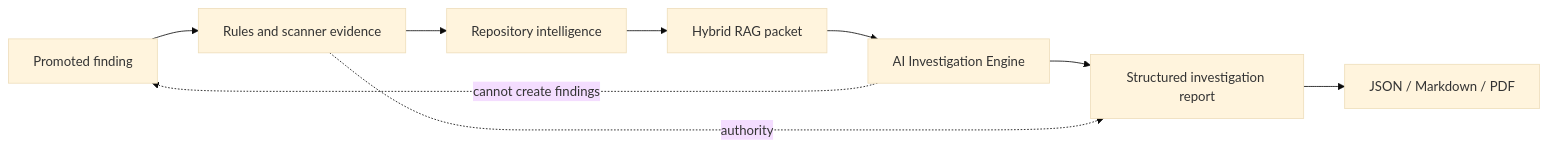
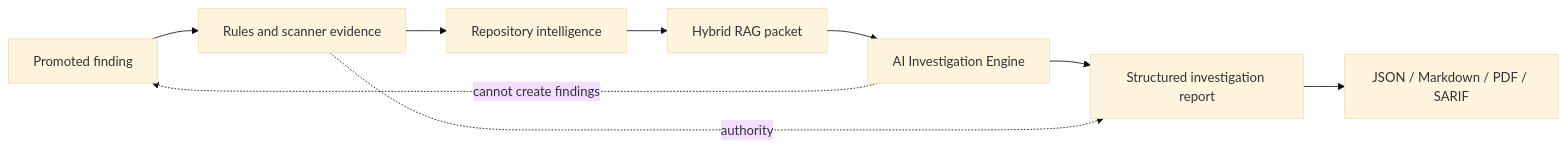
One commit to muneeb-anjum0/NOPE changed the third of 4 diagrams in README.md. Above: the diagram before and after it, drawn with Mermaid (base theme). The commit also changed other lines of this file and 30 other files, not shown here.

````diff
--- a/README.md
+++ b/README.md
@@ -297,14 +304,14 @@
 ```mermaid
 flowchart LR
   finding["Promoted finding"]
   evidence["Rules and scanner evidence"]
   repo["Repository intelligence"]
   rag["Hybrid RAG packet"]
   engine["AI Investigation Engine"]
   report["Structured investigation report"]
-  exports["JSON / Markdown / PDF"]
+  exports["JSON / Markdown / PDF / SARIF"]
 
   finding --> evidence --> repo --> rag --> engine --> report --> exports
   evidence -. "authority" .-> report
   engine -. "cannot create findings" .-> finding
 ```
````
